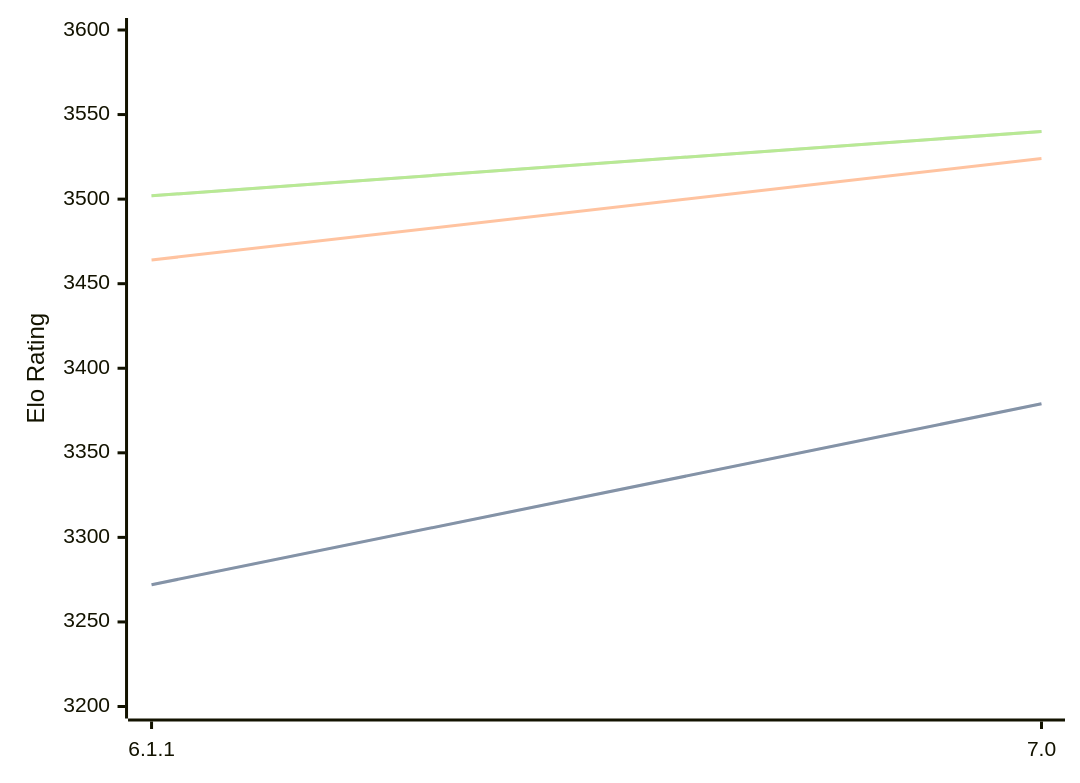
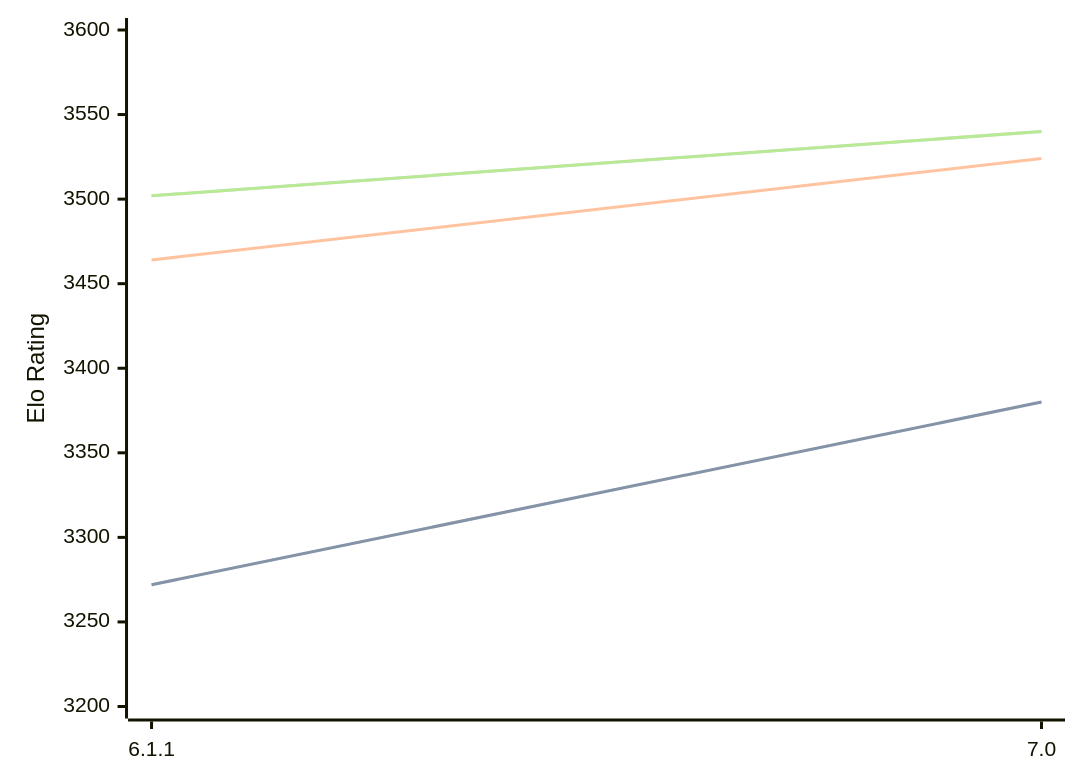
The diagram in engines/Astra.md (computer-chess-index/cci), drawn with Mermaid before and after one commit. The commit also changed other lines of this file, not shown here.

````diff
--- a/engines/Astra.md
+++ b/engines/Astra.md
@@ -44,11 +44,11 @@
 ```mermaid
 %%{init: {"theme":"base","themeVariables":{"seriesColors:['#a3a3a3','#222221','#faa371']}}}%%
 xychart-beta
   x-axis ["6.1.1", "7.0"]
   y-axis "Elo Rating" 3200 --> 3600
-  line "STC (8.0+0.08s)" [3272, 3379]
-  line "STC (8.0+0.08s)" [3272, 3379]
+  line "STC (8.0+0.08s)" [3272, 3380]
+  line "STC (8.0+0.08s)" [3272, 3380]
   line "LTC (60.0+0.60s)" [3464, 3524]
   line "VLTC (2m24s+1.12s)" [3502, 3540]
   line "VLTC (2m24s+1.12s)" [3502, 3540]
 ```
````
